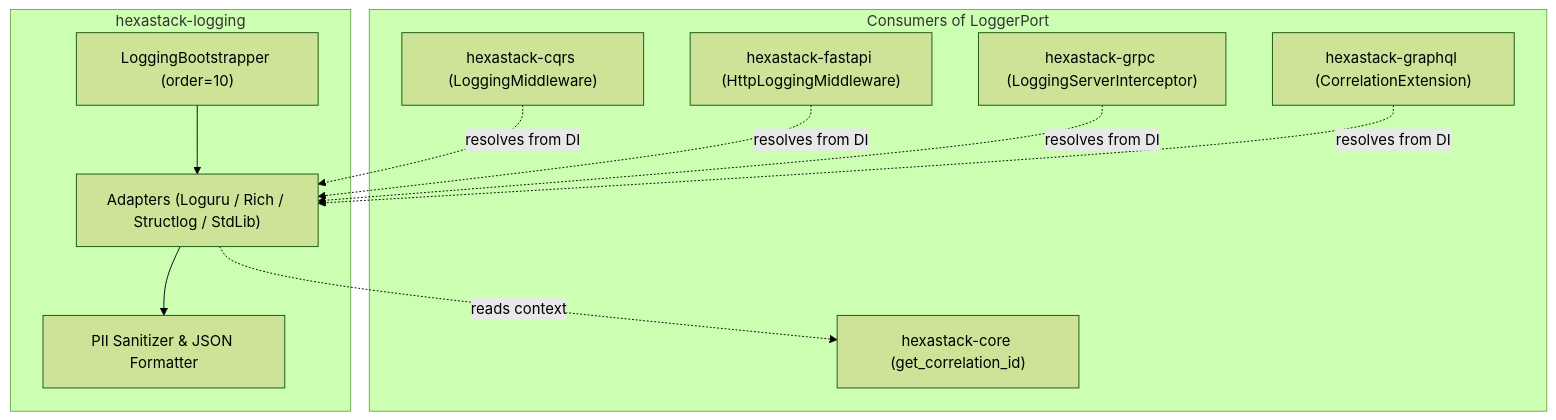
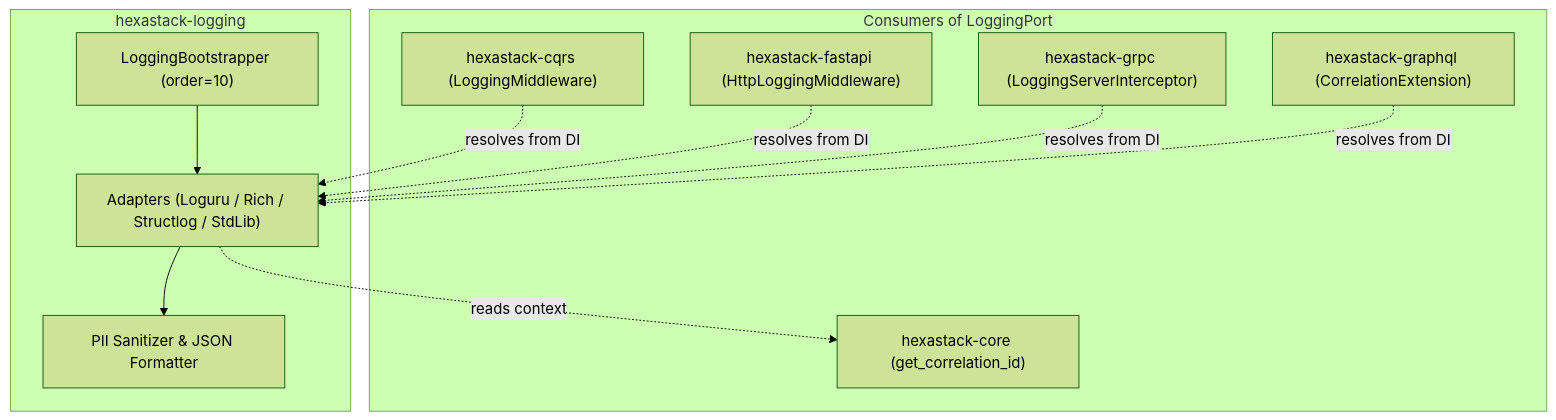
One commit to TheTrueSCU/hexastack changed the diagram in packages/hexastack_logging/README.md. Above: the diagram before and after it, drawn with Mermaid (forest theme). The commit also changed other lines of this file and 34 other files, not shown here.

````diff
--- a/packages/hexastack_logging/README.md
+++ b/packages/hexastack_logging/README.md
@@ -54,25 +54,25 @@
 ```mermaid
 graph TD
-    subgraph SiblingConsumers ["Consumers of LoggerPort"]
+    subgraph SiblingConsumers ["Consumers of LoggingPort"]
         CQRS["hexastack-cqrs (LoggingMiddleware)"]
         FASTAPI["hexastack-fastapi (HttpLoggingMiddleware)"]
         GRPC["hexastack-grpc (LoggingServerInterceptor)"]
         GRAPHQL["hexastack-graphql (CorrelationExtension)"]
         CORE_CTX["hexastack-core (get_correlation_id)"]
     end
 
     subgraph LoggingSubsystem ["hexastack-logging"]
         BOOT["LoggingBootstrapper (order=10)"]
         ADAPTERS["Adapters (Loguru / Rich / Structlog / StdLib)"]
         SAN["PII Sanitizer & JSON Formatter"]
     end
 
     BOOT --> ADAPTERS
     ADAPTERS --> SAN
     ADAPTERS -. reads context .-> CORE_CTX
 
     CQRS -. resolves from DI .-> ADAPTERS
     FASTAPI -. resolves from DI .-> ADAPTERS
     GRPC -. resolves from DI .-> ADAPTERS
     GRAPHQL -. resolves from DI .-> ADAPTERS
 ```
````
